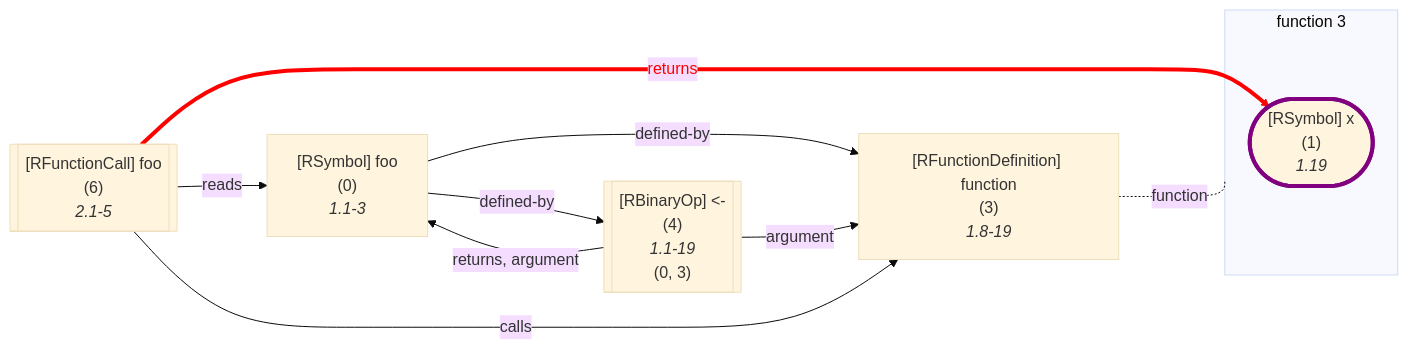
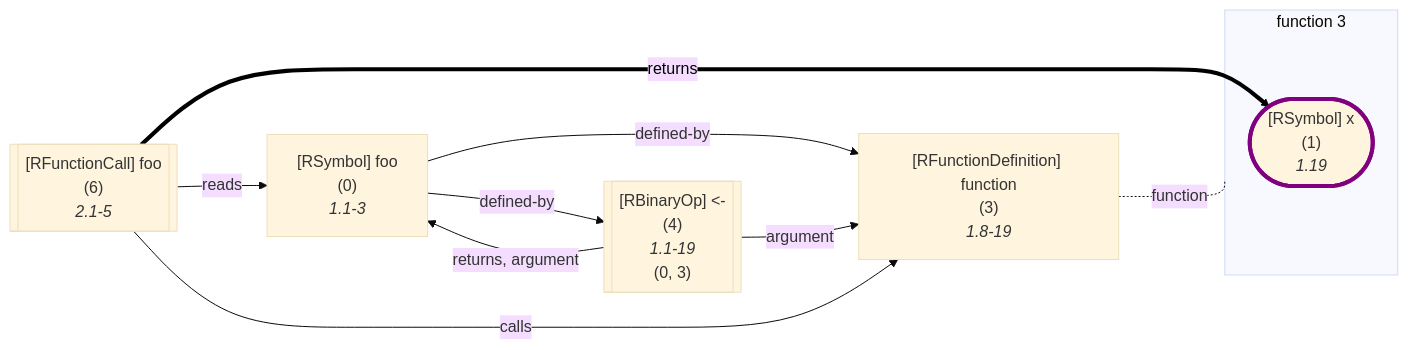
One commit to flowr-analysis/flowr changed diagram 18 of 26 in wiki/Dataflow Graph.md. Above: the diagram before and after it, drawn with Mermaid (base theme). The commit also changed other lines of this file and 10 other files, not shown here.

Commit message:
doc(dfg): improve documentation for the dataflow graph value

````diff
--- a/wiki/Dataflow Graph.md
+++ b/wiki/Dataflow Graph.md
@@ -1276,37 +1460,37 @@
 ```mermaid
 flowchart LR
     3["`#91;RFunctionDefinition#93; function
       (3)
       *1.8-19*`"]
 
 subgraph "flow-3" [function 3]
     1(["`#91;RSymbol#93; x
       (1)
       *1.19*`"])
     style 1 stroke:purple,stroke-width:4px; 
 end
     0["`#91;RSymbol#93; foo
       (0)
       *1.1-3*`"]
     4[["`#91;RBinaryOp#93; #60;#45;
       (4)
       *1.1-19*
     (0, 3)`"]]
     %% Environment of 6 [level: 0]:
     %% Built-in
-    %% 388----------------------------------------
+    %% 394----------------------------------------
     %%   foo: {foo (0, 2, def. @4)}
     6[["`#91;RFunctionCall#93; foo
       (6)
       *2.1-5*`"]]
 3 -.-|function| flow-3
 
     0 -->|"defined-by"| 3
     0 -->|"defined-by"| 4
     4 -->|"argument"| 3
     4 -->|"returns, argument"| 0
     6 -->|"reads"| 0
     6 -->|"returns"| 1
-    linkStyle 6 stroke:red,color:red,stroke-width:4px;
+    linkStyle 6 stroke:black,color:black,stroke-width:4.2px;
     6 -->|"calls"| 3
 ```
````
